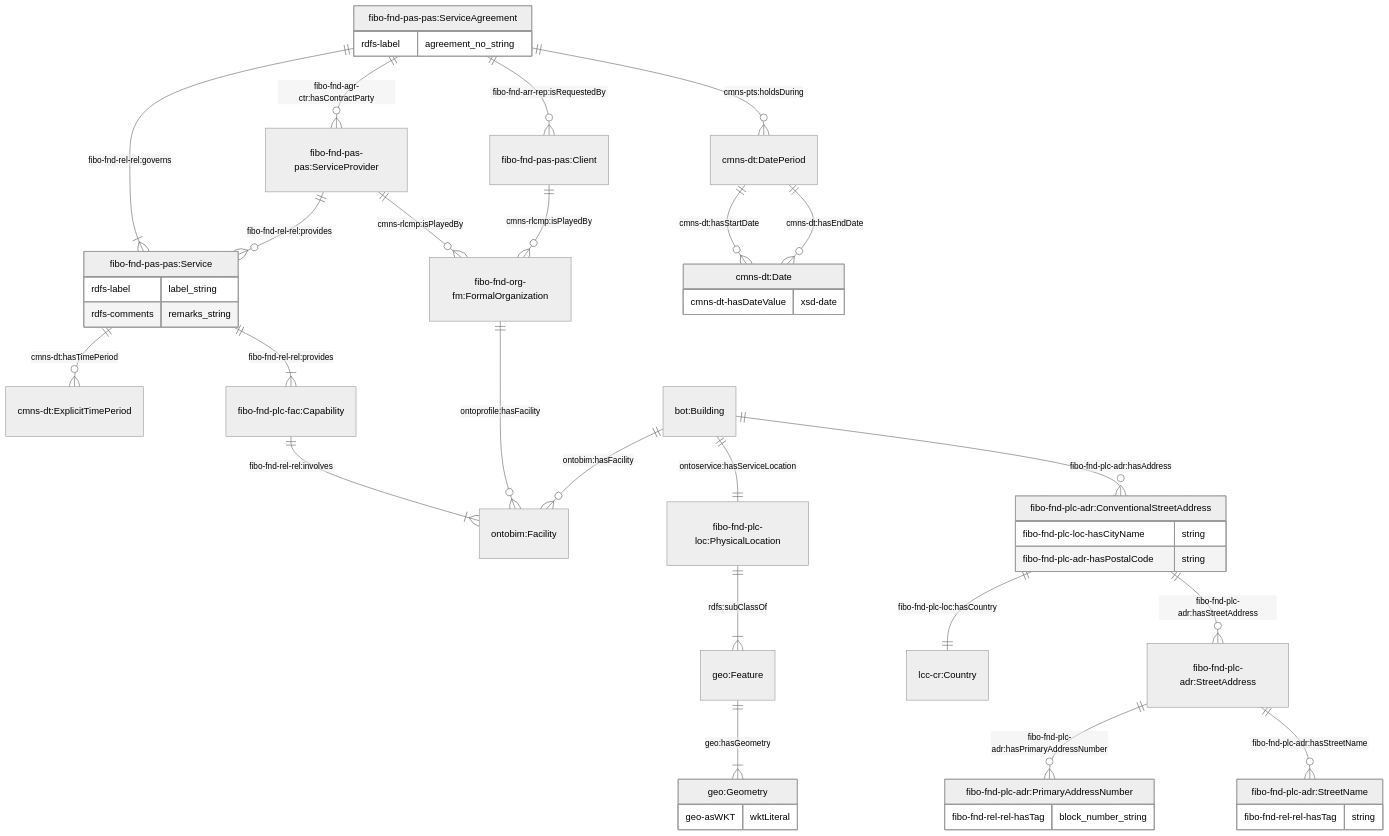
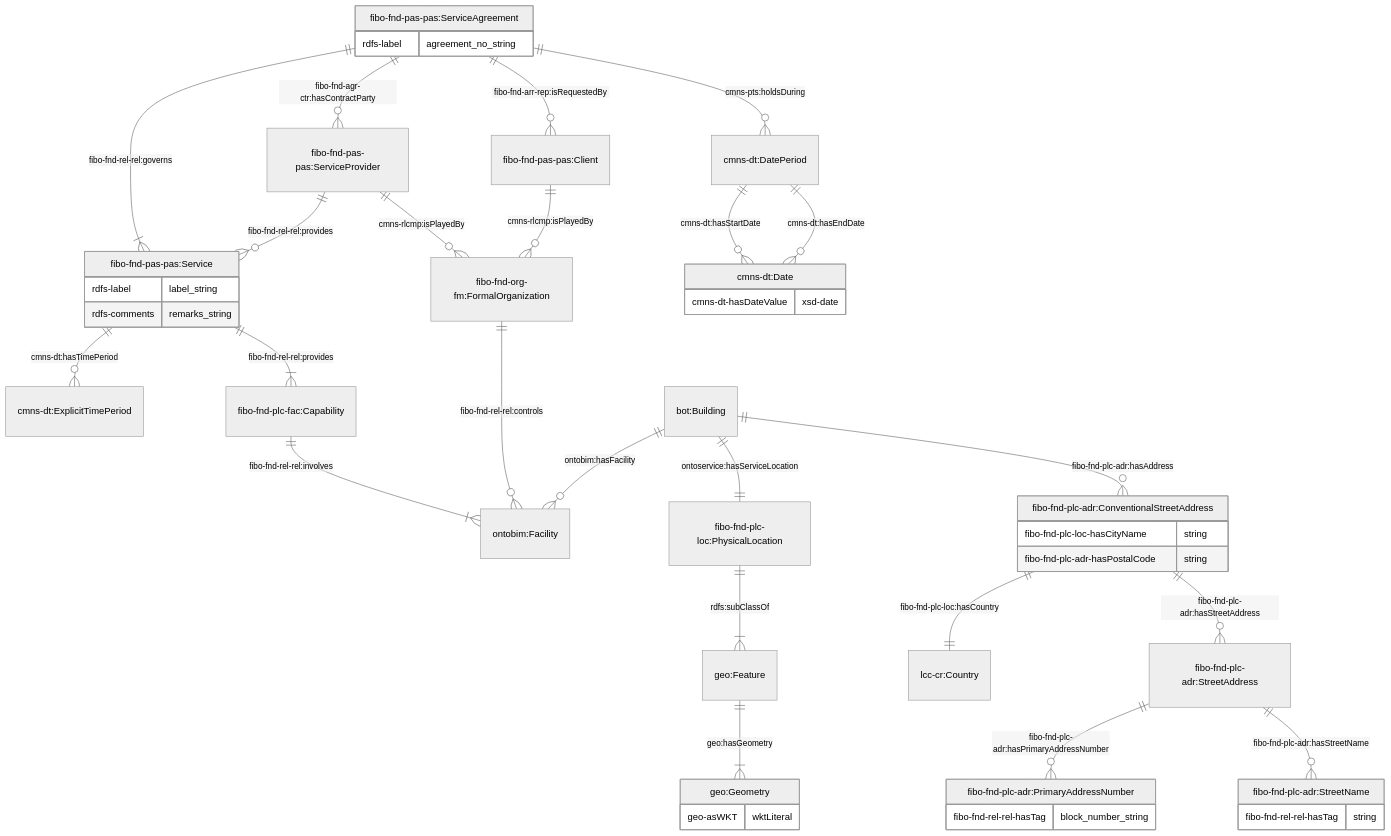
One commit to cambridge-cares/TheWorldAvatar changed the first of 8 diagrams in JPS_Ontology/ontology/ontoservice/README.md. Above: the diagram before and after it, drawn with Mermaid (neutral theme). The commit also changed 4 other files, not shown here.

Commit message:
dev-service-execution-ontology-extension: modify to use fibo controls property instead of hasfacility

````diff
--- a/JPS_Ontology/ontology/ontoservice/README.md
+++ b/JPS_Ontology/ontology/ontoservice/README.md
@@ -65,55 +65,55 @@
 ```mermaid
     erDiagram
     "fibo-fnd-pas-pas:ServiceAgreement" {
         rdfs-label agreement_no_string
     }
     "fibo-fnd-pas-pas:ServiceAgreement" ||--|{ "fibo-fnd-pas-pas:Service" : "fibo-fnd-rel-rel:governs"
     "fibo-fnd-pas-pas:Service" ||--o{ "cmns-dt:ExplicitTimePeriod" : "cmns-dt:hasTimePeriod"
     "fibo-fnd-pas-pas:Service" {
         rdfs-label label_string
         rdfs-comments remarks_string
     }
 
     "fibo-fnd-pas-pas:Service" ||--|{ "fibo-fnd-plc-fac:Capability" : "fibo-fnd-rel-rel:provides"
     "fibo-fnd-plc-fac:Capability" ||--|{ "ontobim:Facility" : "fibo-fnd-rel-rel:involves"
-    "fibo-fnd-org-fm:FormalOrganization" ||--o{ "ontobim:Facility" : "ontoprofile:hasFacility "
+    "fibo-fnd-org-fm:FormalOrganization" ||--o{ "ontobim:Facility" : "fibo-fnd-rel-rel:controls"
 
     "bot:Building" ||--|| "fibo-fnd-plc-loc:PhysicalLocation" : "ontoservice:hasServiceLocation"
     "fibo-fnd-plc-loc:PhysicalLocation" ||--|{ "geo:Feature" : "rdfs:subClassOf"
     "geo:Feature" ||--|{ "geo:Geometry" : "geo:hasGeometry"
     "geo:Geometry" {
         geo-asWKT wktLiteral
     }
 
     "bot:Building" ||--o{ "ontobim:Facility" : "ontobim:hasFacility "
     "bot:Building" ||--o{ "fibo-fnd-plc-adr:ConventionalStreetAddress" : "fibo-fnd-plc-adr:hasAddress"
     "fibo-fnd-plc-adr:ConventionalStreetAddress" ||--|| "lcc-cr:Country" : "fibo-fnd-plc-loc:hasCountry"
     "fibo-fnd-plc-adr:ConventionalStreetAddress" ||--o{ "fibo-fnd-plc-adr:StreetAddress" : "fibo-fnd-plc-adr:hasStreetAddress"
     "fibo-fnd-plc-adr:ConventionalStreetAddress" {
         fibo-fnd-plc-loc-hasCityName string
         fibo-fnd-plc-adr-hasPostalCode string
     }
     "fibo-fnd-plc-adr:StreetAddress" ||--o{ "fibo-fnd-plc-adr:PrimaryAddressNumber" : "fibo-fnd-plc-adr:hasPrimaryAddressNumber"
     "fibo-fnd-plc-adr:StreetAddress" ||--o{ "fibo-fnd-plc-adr:StreetName" : "fibo-fnd-plc-adr:hasStreetName"
 
     "fibo-fnd-plc-adr:PrimaryAddressNumber" {
         fibo-fnd-rel-rel-hasTag block_number_string
     }
     "fibo-fnd-plc-adr:StreetName" {
         fibo-fnd-rel-rel-hasTag string
     }
 
     "fibo-fnd-pas-pas:ServiceAgreement" ||--o{ "cmns-dt:DatePeriod" : "cmns-pts:holdsDuring"
     "cmns-dt:DatePeriod" ||--o{ "cmns-dt:Date" : "cmns-dt:hasStartDate"
     "cmns-dt:DatePeriod" ||--o{ "cmns-dt:Date" : "cmns-dt:hasEndDate"
     "cmns-dt:Date" {
         cmns-dt-hasDateValue xsd-date
     }
 
     "fibo-fnd-pas-pas:ServiceAgreement" ||--o{ "fibo-fnd-pas-pas:Client" : "fibo-fnd-arr-rep:isRequestedBy"
     "fibo-fnd-pas-pas:ServiceAgreement" ||--o{ "fibo-fnd-pas-pas:ServiceProvider" : "fibo-fnd-agr-ctr:hasContractParty"
 
     "fibo-fnd-pas-pas:ServiceProvider" ||--o{ "fibo-fnd-org-fm:FormalOrganization"  : "cmns-rlcmp:isPlayedBy"
     "fibo-fnd-pas-pas:ServiceProvider" ||--o{ "fibo-fnd-pas-pas:Service"  : "fibo-fnd-rel-rel:provides"
     "fibo-fnd-pas-pas:Client" ||--o{ "fibo-fnd-org-fm:FormalOrganization"  : "cmns-rlcmp:isPlayedBy"
 ```
````
